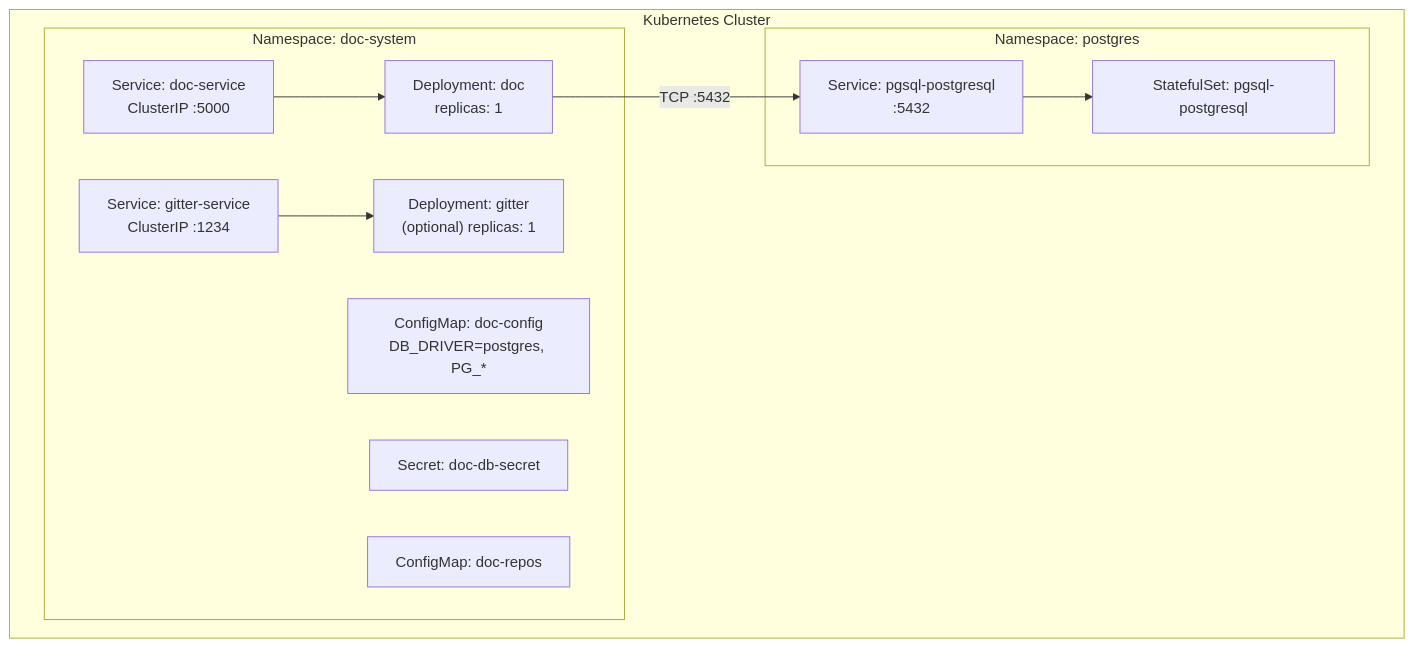
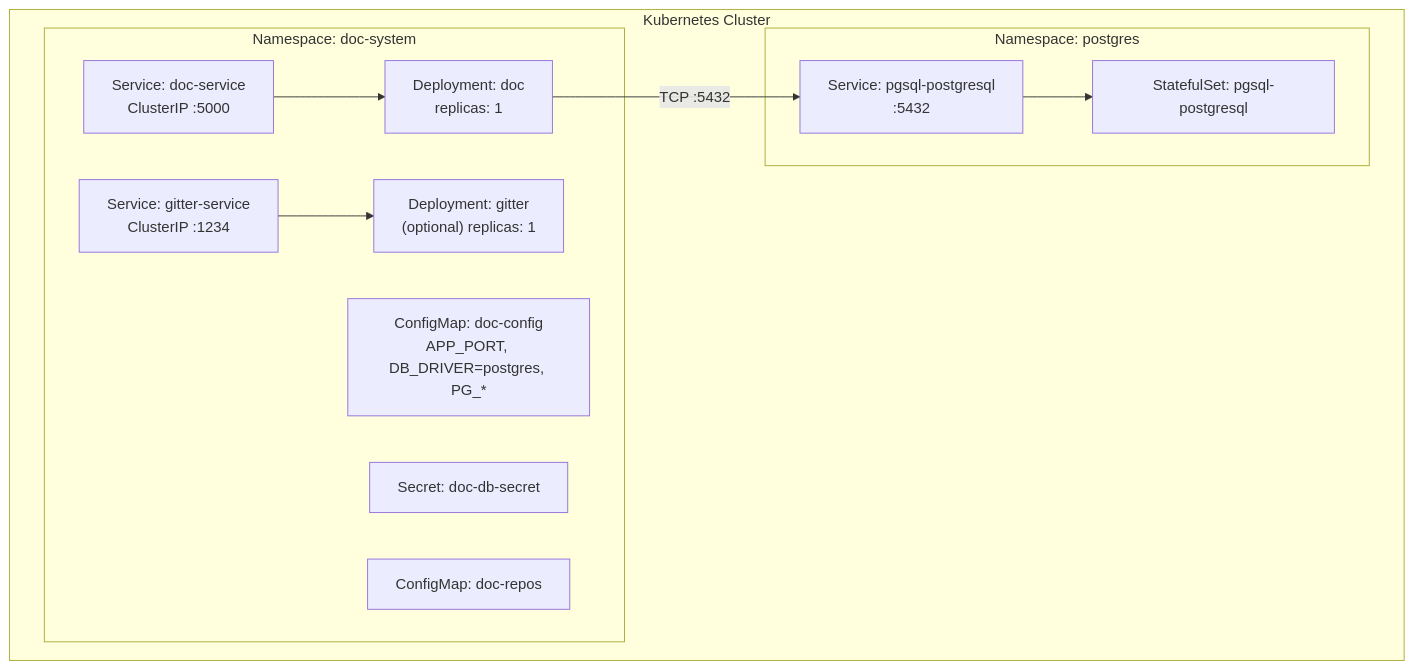
Before and after one commit to rashedkvm/doc: the eighth of 9 diagrams in docs/ARCHITECTURE.md, drawn with Mermaid. The commit also changed other lines of this file and 31 other files, not shown here.

````diff
--- a/docs/ARCHITECTURE.md
+++ b/docs/ARCHITECTURE.md
@@ -401,24 +404,24 @@
 ```mermaid
 graph TB
     subgraph cluster ["Kubernetes Cluster"]
         subgraph ns ["Namespace: doc-system"]
             DocDeploy["Deployment: doc<br/>replicas: 1"]
             DocSvc["Service: doc-service<br/>ClusterIP :5000"]
             GitterDeploy["Deployment: gitter<br/>(optional) replicas: 1"]
             GitterSvc["Service: gitter-service<br/>ClusterIP :1234"]
-            CM["ConfigMap: doc-config<br/>DB_DRIVER=postgres, PG_*"]
+            CM["ConfigMap: doc-config<br/>APP_PORT, DB_DRIVER=postgres, PG_*"]
             Secret["Secret: doc-db-secret"]
             ReposCM["ConfigMap: doc-repos"]
         end
 
         subgraph pgns ["Namespace: postgres"]
             PGSQL["StatefulSet: pgsql-postgresql"]
             PGSvc["Service: pgsql-postgresql<br/>:5432"]
         end
     end
 
     DocSvc --> DocDeploy
     GitterSvc --> GitterDeploy
     DocDeploy -- "TCP :5432" --> PGSvc
     PGSvc --> PGSQL
 ```
````
